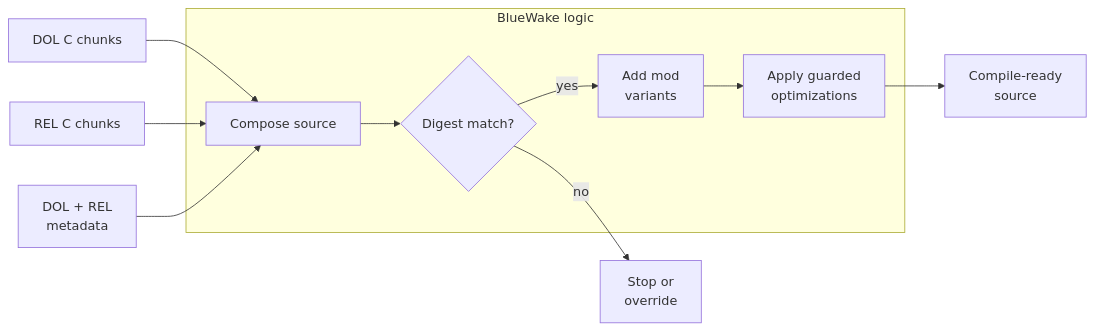
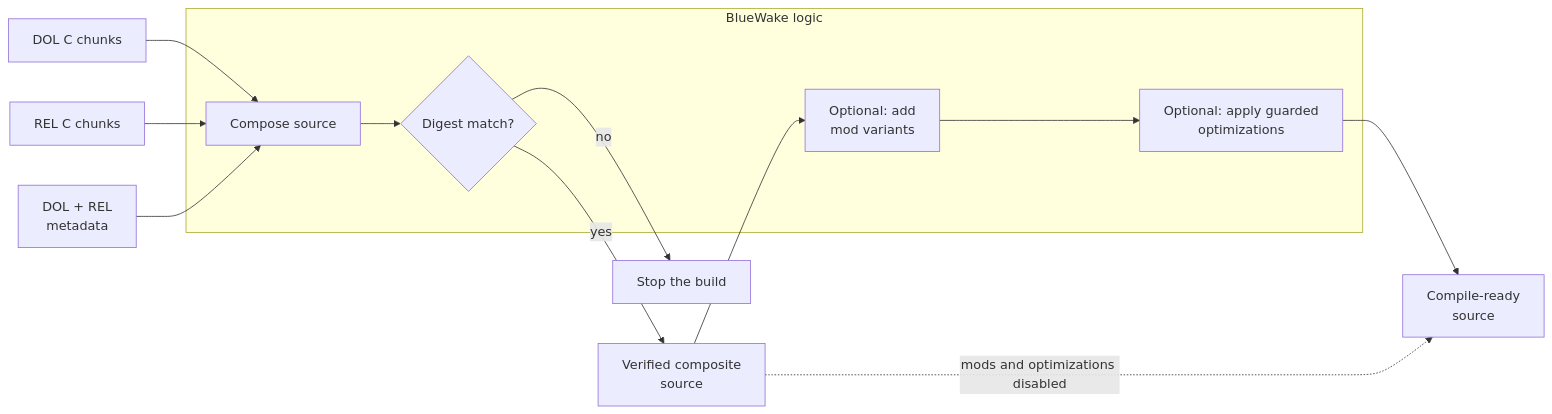
One commit to Aelbannan/boat_of_daphnes changed the eighth of 10 diagrams in docs/architecture/Build.md. Above: the diagram before and after it, drawn with Mermaid. The commit also changed other lines of this file, not shown here.

Commit message:
docs: clarify packaging and PGO build flow

````diff
--- a/docs/architecture/Build.md
+++ b/docs/architecture/Build.md
@@ -415,22 +415,25 @@
 ```mermaid
 flowchart LR
     DolC["DOL C chunks"]
     RelC["REL C chunks"]
     Binaries["DOL + REL<br/>metadata"]
+    Base["Verified composite<br/>source"]
     Ready["Compile-ready<br/>source"]
-    Stop["Stop or<br/>override"]
+    Stop["Stop the build"]
 
     subgraph BlueWake["BlueWake logic"]
         Generate["Compose source"]
         Verify{"Digest match?"}
-        Variants["Add mod<br/>variants"]
-        Prepare["Apply guarded<br/>optimizations"]
+        Variants["Optional: add<br/>mod variants"]
+        Prepare["Optional: apply guarded<br/>optimizations"]
     end
 
     DolC --> Generate
     RelC --> Generate
     Binaries --> Generate
     Generate --> Verify
-    Verify -->|yes| Variants --> Prepare --> Ready
+    Verify -->|yes| Base
     Verify -->|no| Stop
+    Base --> Variants --> Prepare --> Ready
+    Base -. "mods and optimizations disabled" .-> Ready
 ```
````
